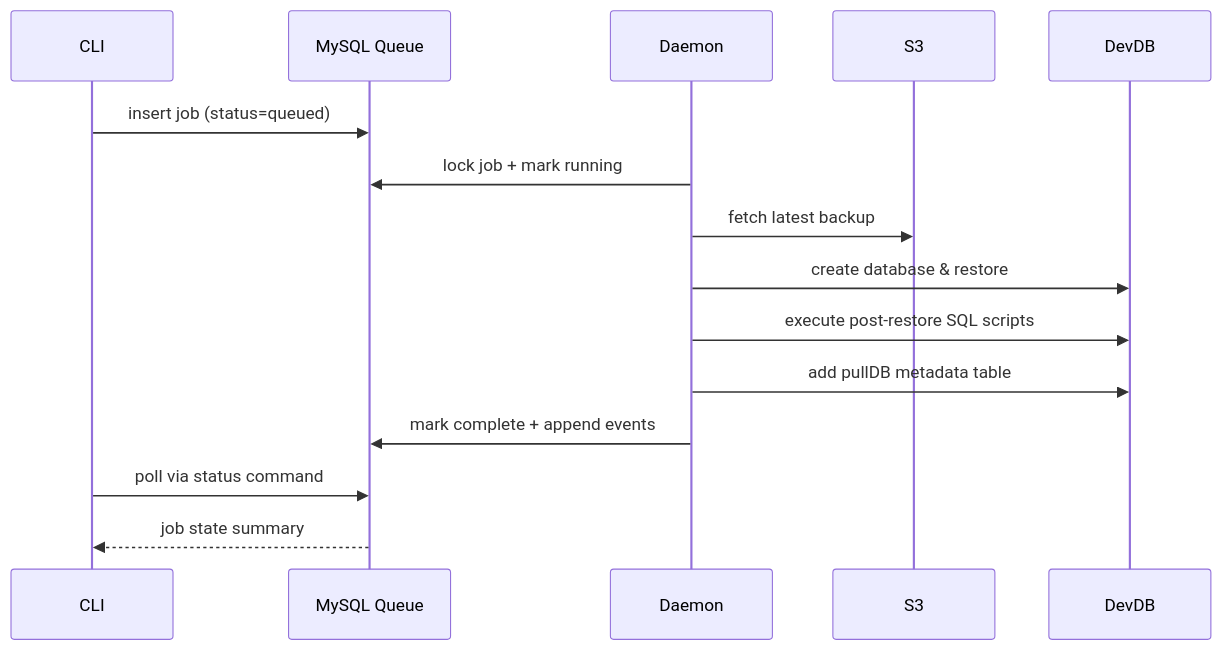
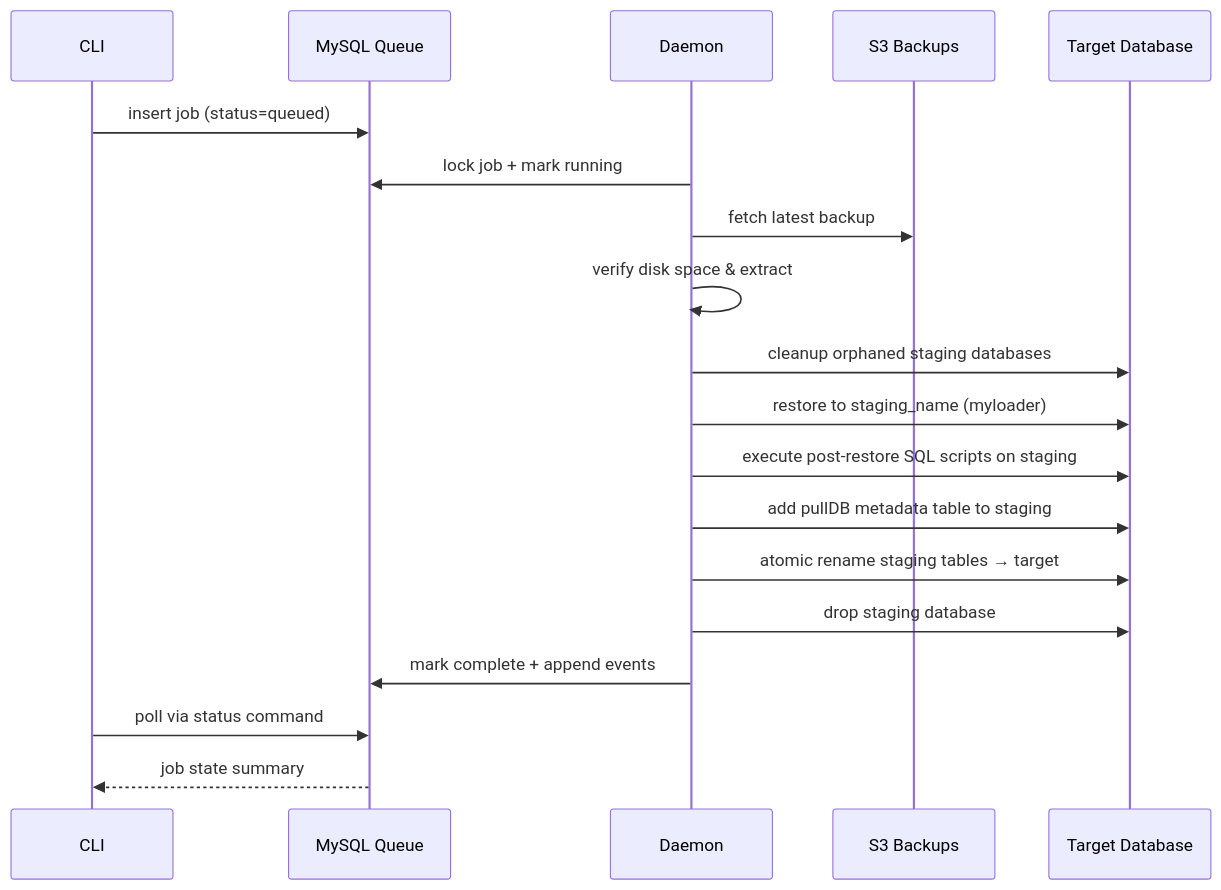
One commit to CharlesHandshy/pullDB changed the sixth of 6 diagrams in README.md. Above: the diagram before and after it, drawn with Mermaid. The commit also changed other lines of this file and 31 other files, not shown here.

````diff
--- a/README.md
+++ b/README.md
@@ -341,15 +393,21 @@
 ```mermaid
 sequenceDiagram
   participant CLI as CLI
   participant DB as MySQL Queue
   participant D as Daemon
+  participant S3 as S3 Backups
+  participant DevDB as Target Database
   CLI->>DB: insert job (status=queued)
   D->>DB: lock job + mark running
   D->>S3: fetch latest backup
-  D->>DevDB: create database & restore
-  D->>DevDB: execute post-restore SQL scripts
-  D->>DevDB: add pullDB metadata table
+  D->>D: verify disk space & extract
+  D->>DevDB: cleanup orphaned staging databases
+  D->>DevDB: restore to staging_name (myloader)
+  D->>DevDB: execute post-restore SQL scripts on staging
+  D->>DevDB: add pullDB metadata table to staging
+  D->>DevDB: atomic rename staging tables → target
+  D->>DevDB: drop staging database
   D->>DB: mark complete + append events
   CLI->>DB: poll via status command
   DB-->>CLI: job state summary
 ```
````
